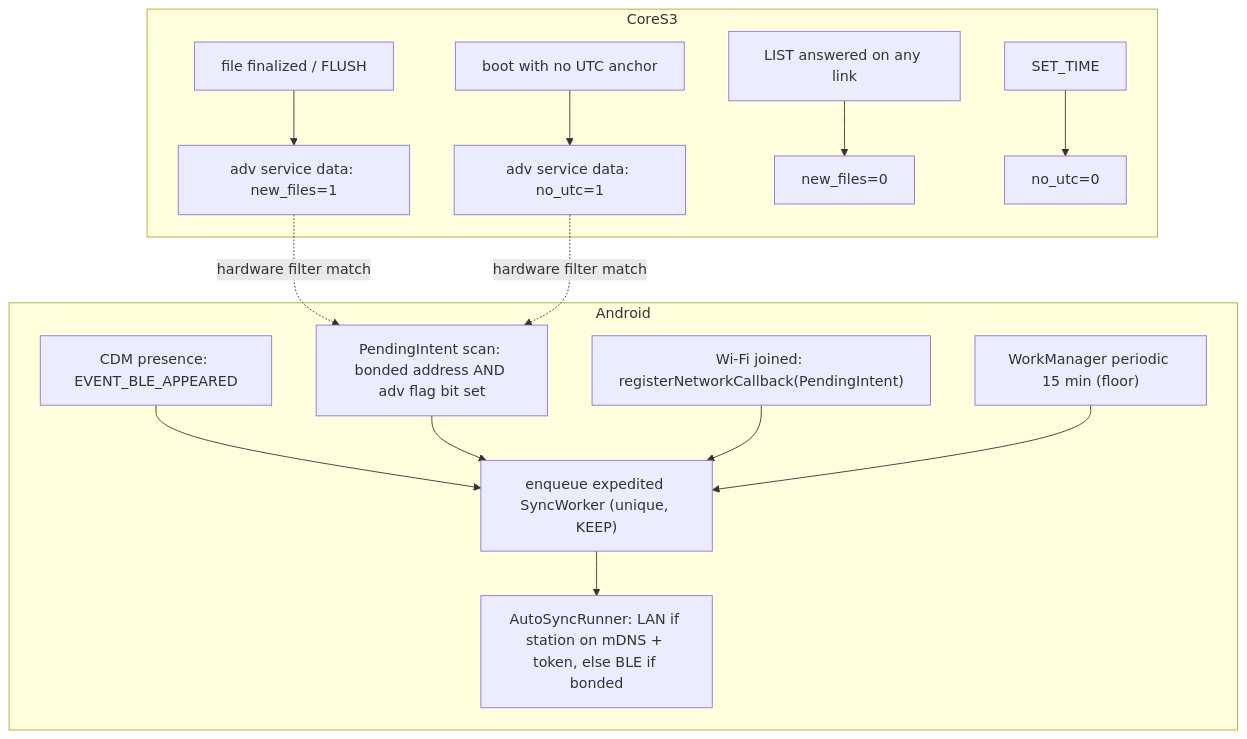
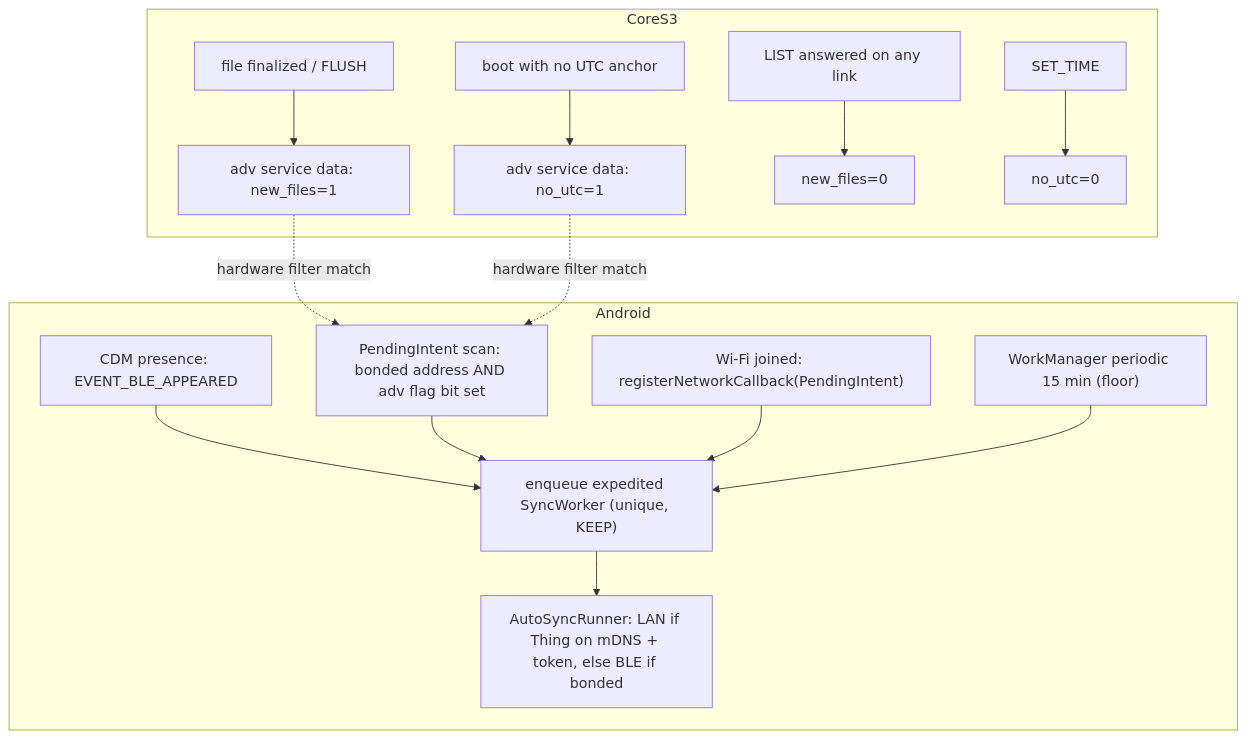
The diagram in docs/shared/background-sync-triggers.md (walkthru-earth/aq-parquet), drawn with Mermaid before and after one commit. The commit also changed other lines of this file and 17 other files, not shown here.

First line of the commit message:
Say Thing instead of station in current docs (#111) (#112)

````diff
--- a/docs/shared/background-sync-triggers.md
+++ b/docs/shared/background-sync-triggers.md
@@ -35,18 +35,18 @@
 ```mermaid
 flowchart TD
     subgraph phone [Android]
         CDM["CDM presence: EVENT_BLE_APPEARED"] --> W
         PI["PendingIntent scan: bonded address AND adv flag bit set"] --> W
         WIFI["Wi-Fi joined: registerNetworkCallback(PendingIntent)"] --> W
         PER["WorkManager periodic 15 min (floor)"] --> W
-        W["enqueue expedited SyncWorker (unique, KEEP)"] --> R["AutoSyncRunner: LAN if station on mDNS + token, else BLE if bonded"]
+        W["enqueue expedited SyncWorker (unique, KEEP)"] --> R["AutoSyncRunner: LAN if Thing on mDNS + token, else BLE if bonded"]
     end
     subgraph device [CoreS3]
         F["file finalized / FLUSH"] --> B["adv service data: new_files=1"]
         BOOT["boot with no UTC anchor"] --> T["adv service data: no_utc=1"]
         L["LIST answered on any link"] --> C["new_files=0"]
         ST["SET_TIME"] --> U["no_utc=0"]
     end
     B -. hardware filter match .-> PI
     T -. hardware filter match .-> PI
 ```
````
